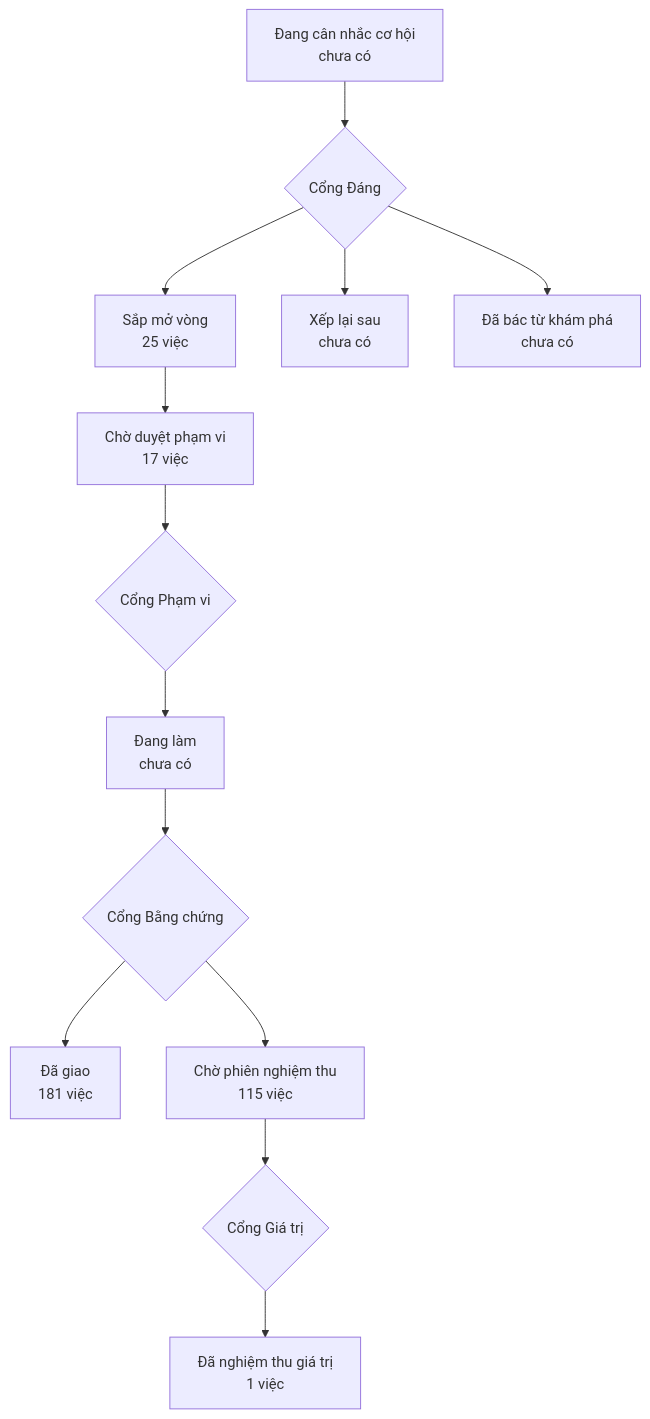
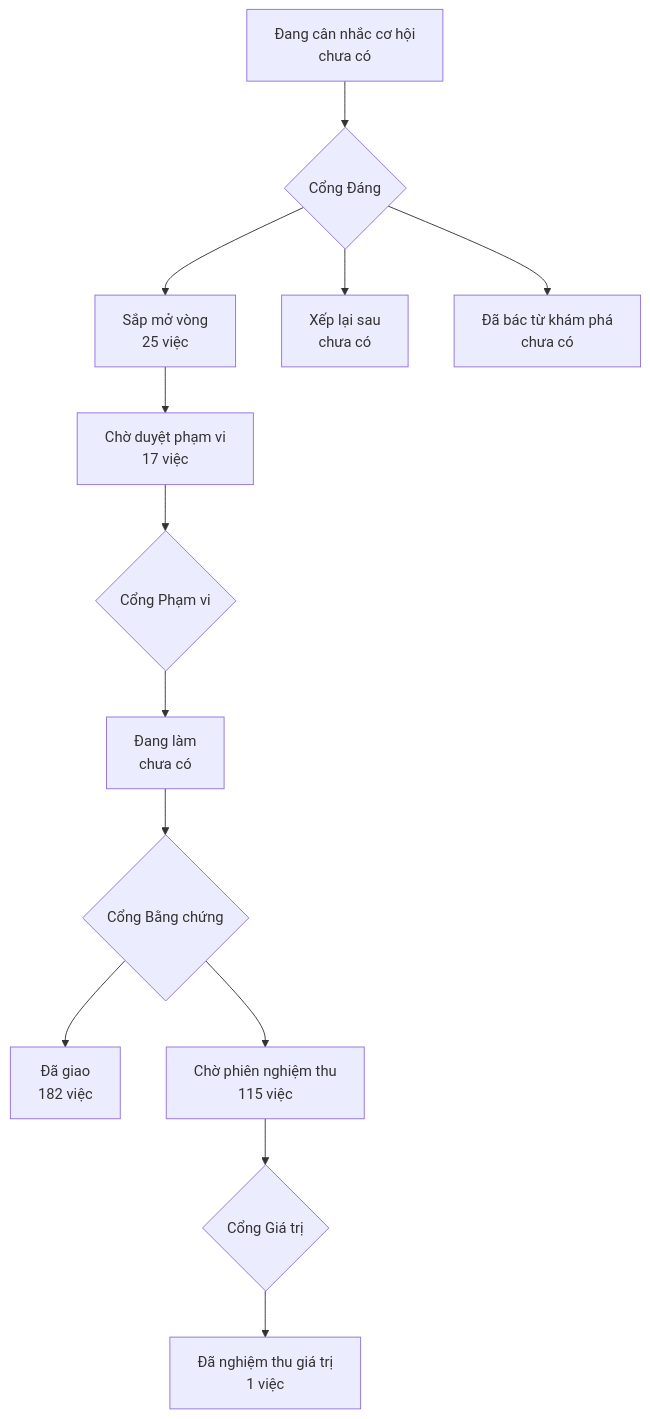
The diagram in PRODUCT-MAP.md (phanlemanh/onehub-invest), drawn with Mermaid before and after one commit. The commit also changed other lines of this file and 28 other files, not shown here.

````diff
--- a/PRODUCT-MAP.md
+++ b/PRODUCT-MAP.md
@@ -7,12 +7,12 @@
 ```mermaid
 flowchart TD
   A["Đang cân nhắc cơ hội<br/>chưa có"] --> GD{"Cổng Đáng"}
   GD --> B["Sắp mở vòng<br/>25 việc"]
   GD --> XL["Xếp lại sau<br/>chưa có"]
   GD --> DB["Đã bác từ khám phá<br/>chưa có"]
   B --> CD["Chờ duyệt phạm vi<br/>17 việc"] --> GP{"Cổng Phạm vi"}
   GP --> DL["Đang làm<br/>chưa có"] --> GB{"Cổng Bằng chứng"}
-  GB --> DG["Đã giao<br/>181 việc"]
+  GB --> DG["Đã giao<br/>182 việc"]
   GB --> CN["Chờ phiên nghiệm thu<br/>115 việc"] --> GG{"Cổng Giá trị"}
   GG --> NT["Đã nghiệm thu giá trị<br/>1 việc"]
 ```
````
